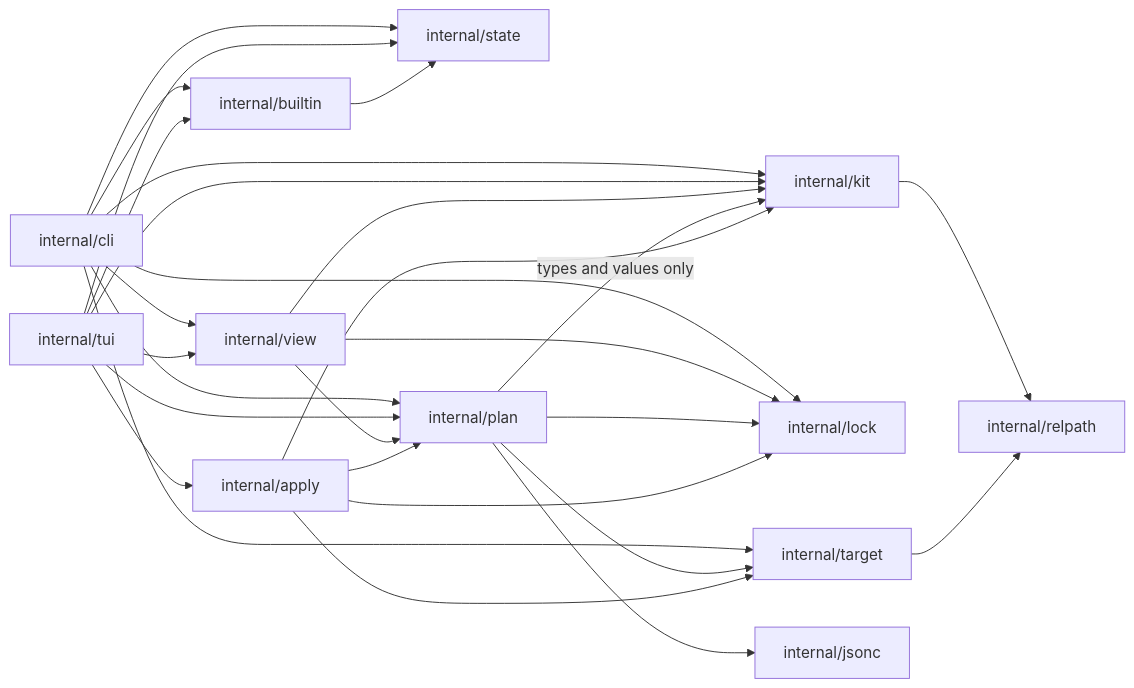
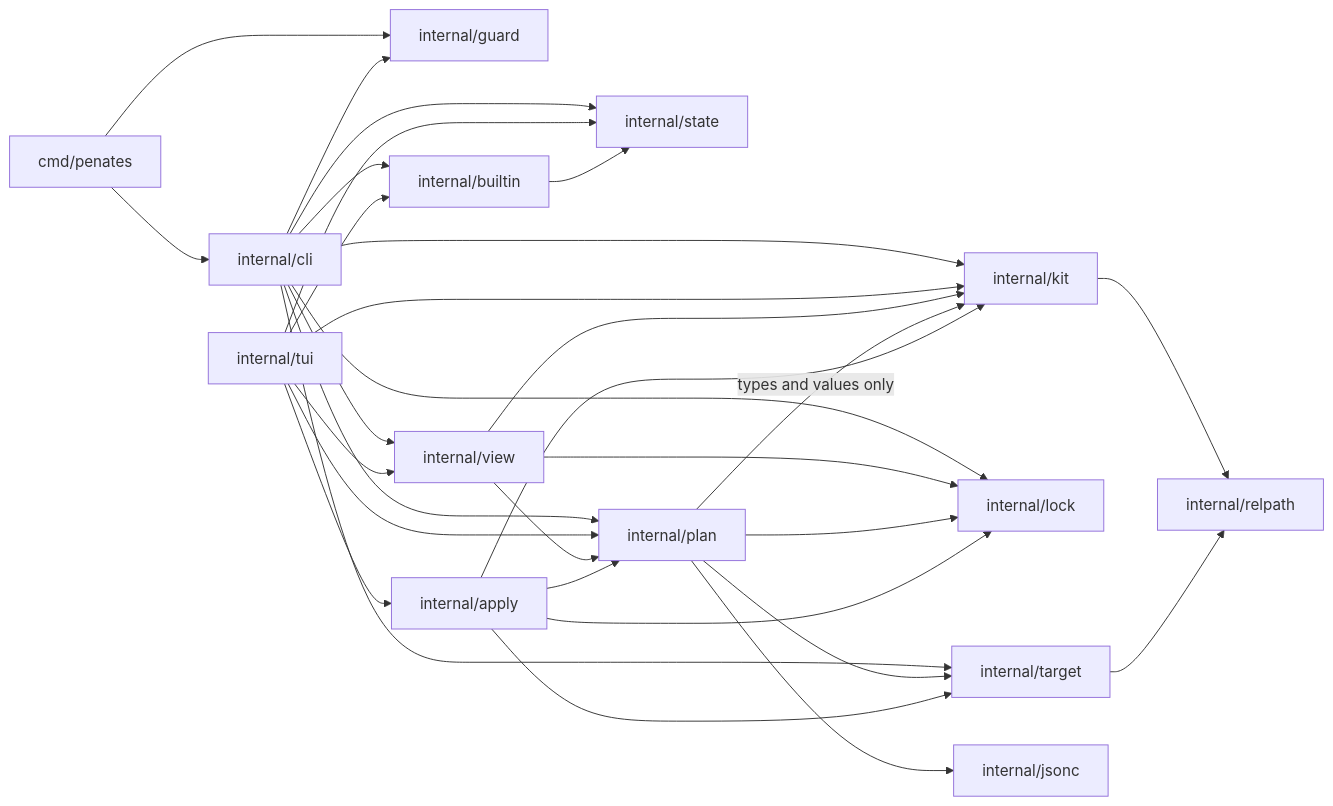
One commit to dpleshakov/penates changed the diagram in docs/architecture.md. Above: the diagram before and after it, drawn with Mermaid. The commit also changed other lines of this file and 9 other files, not shown here.

First line of the commit message:
Add the run guard: one penates process per data directory

````diff
--- a/docs/architecture.md
+++ b/docs/architecture.md
@@ -95,30 +101,33 @@
 ```mermaid
 flowchart LR
-    CLI["internal/cli"] --> VIEW["internal/view"]
+    ENTRY["cmd/penates"] --> CLI["internal/cli"]
+    ENTRY --> GUARD["internal/guard"]
+    CLI --> GUARD
+    CLI --> VIEW["internal/view"]
     CLI --> ST["internal/state"]
     CLI --> BI["internal/builtin"]
     CLI --> KIT["internal/kit"]
     CLI --> LK["internal/lock"]
     CLI --> TG["internal/target"]
     CLI --> PL["internal/plan"]
     TUI["internal/tui"] --> VIEW
     TUI --> KIT["internal/kit"]
     TUI --> ST
     TUI --> PL
     TUI --> AP["internal/apply"]
     TUI --> BI
     BI --> ST
     VIEW --> KIT
     VIEW --> LK
     VIEW --> PL
     PL -- types and values only --> KIT
     PL --> LK
     PL --> TG
     PL --> JC["internal/jsonc"]
     AP --> PL
     AP --> LK
     AP --> TG
     AP --> KIT
     KIT --> RP["internal/relpath"]
     TG --> RP
 ```
````
